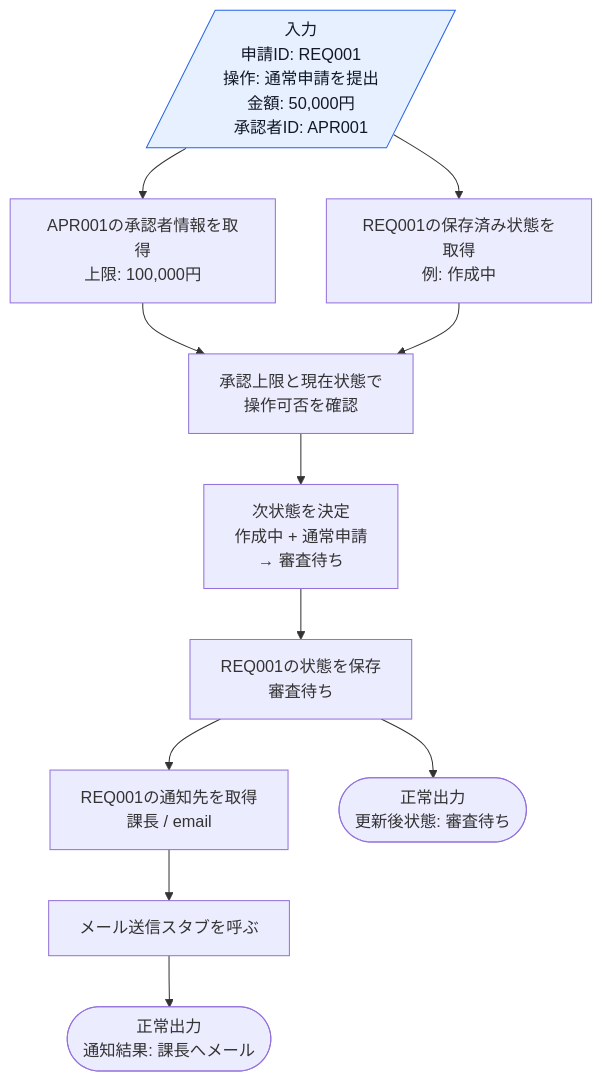
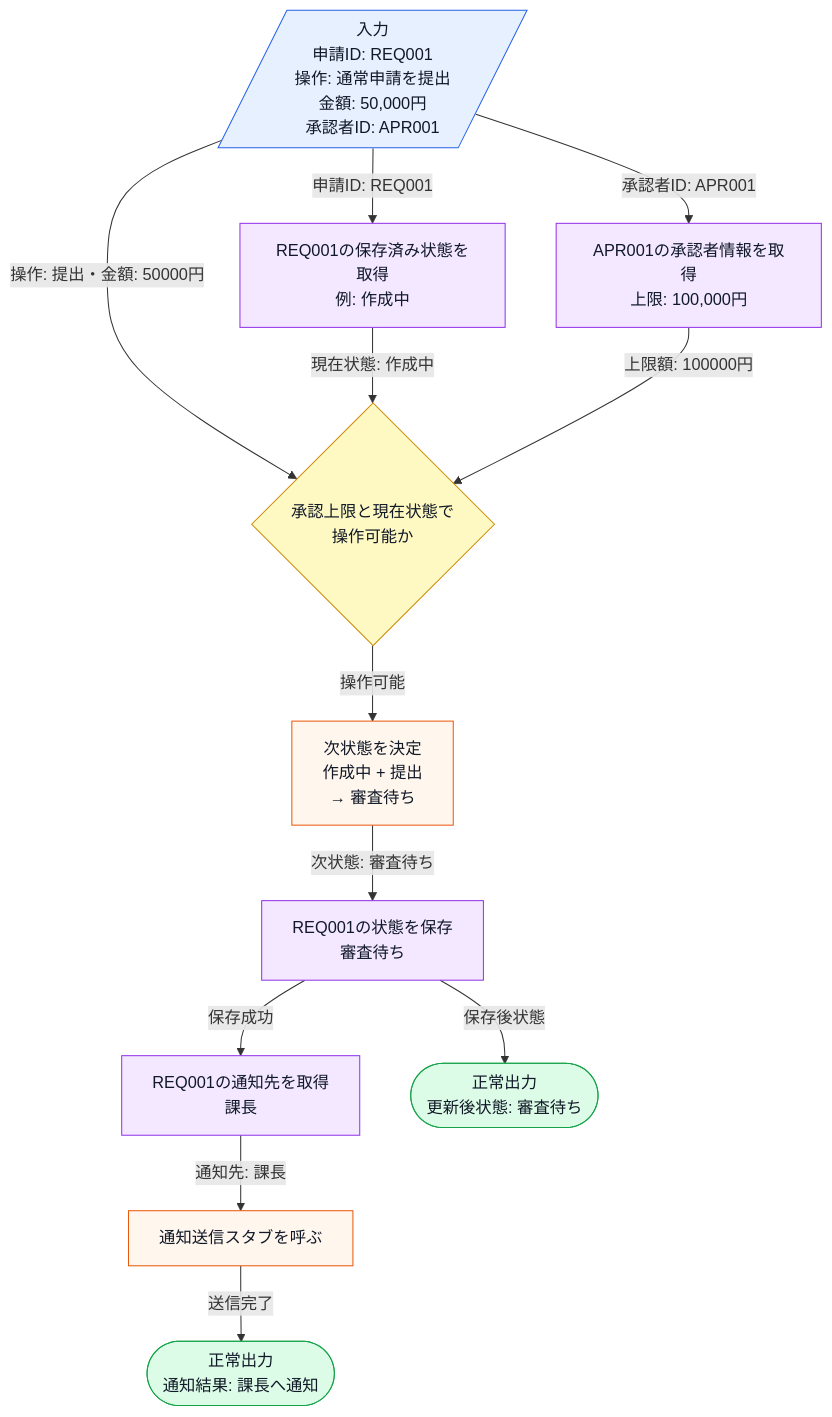
The third of 17 diagrams in kindle/design-patterns/output/chapter12.md (kumachan1101-pixel/DesignPattern), drawn with Mermaid before and after one commit. The commit also changed other lines of this file and 3 other files, not shown here.

Commit message:
docs: revise chapters 11 and 12 review flow

````diff
--- a/kindle/design-patterns/output/chapter12.md
+++ b/kindle/design-patterns/output/chapter12.md
@@ -124,19 +137,31 @@
 ```mermaid
 flowchart TD
     A[/入力<br>申請ID: REQ001<br>操作: 通常申請を提出<br>金額: 50,000円<br>承認者ID: APR001/]:::input
-    A --> B[REQ001の保存済み状態を取得<br>例: 作成中]
-    A --> C[APR001の承認者情報を取得<br>上限: 100,000円]
-    C --> D[承認上限と現在状態で<br>操作可否を確認]
-    B --> D
-    D --> F[次状態を決定<br>作成中 + 通常申請<br>→ 審査待ち]
-    F --> G[REQ001の状態を保存<br>審査待ち]
-    G --> H[REQ001の通知先を取得<br>課長 / email]
-    H --> I[メール送信スタブを呼ぶ]
-    G --> J([正常出力<br>更新後状態: 審査待ち])
-    I --> K([正常出力<br>通知結果: 課長へメール])
+    B[REQ001の保存済み状態を取得<br>例: 作成中]:::data
+    C[APR001の承認者情報を取得<br>上限: 100,000円]:::data
+    D{承認上限と現在状態で<br>操作可能か}:::decision
+    F[次状態を決定<br>作成中 + 提出<br>→ 審査待ち]:::process
+    G[REQ001の状態を保存<br>審査待ち]:::data
+    H[REQ001の通知先を取得<br>課長]:::data
+    I[通知送信スタブを呼ぶ]:::process
+    J([正常出力<br>更新後状態: 審査待ち]):::normal
+    K([正常出力<br>通知結果: 課長へ通知]):::normal
+
+    A -->|"申請ID: REQ001"| B
+    A -->|"承認者ID: APR001"| C
+    A -->|"操作: 提出・金額: 50000円"| D
+    B -->|"現在状態: 作成中"| D
+    C -->|"上限額: 100000円"| D
+    D -->|"操作可能"| F
+    F -->|"次状態: 審査待ち"| G
+    G -->|"保存成功"| H
+    H -->|"通知先: 課長"| I
+    G -->|"保存後状態"| J
+    I -->|"送信完了"| K
 
     classDef input fill:#e7f0ff,stroke:#2563eb,color:#111827;
     classDef process fill:#fff7ed,stroke:#ea580c,color:#111827;
     classDef decision fill:#fef9c3,stroke:#ca8a04,color:#111827;
+    classDef data fill:#f3e8ff,stroke:#9333ea,color:#111827;
     classDef normal fill:#dcfce7,stroke:#16a34a,color:#111827;
 ```
````
